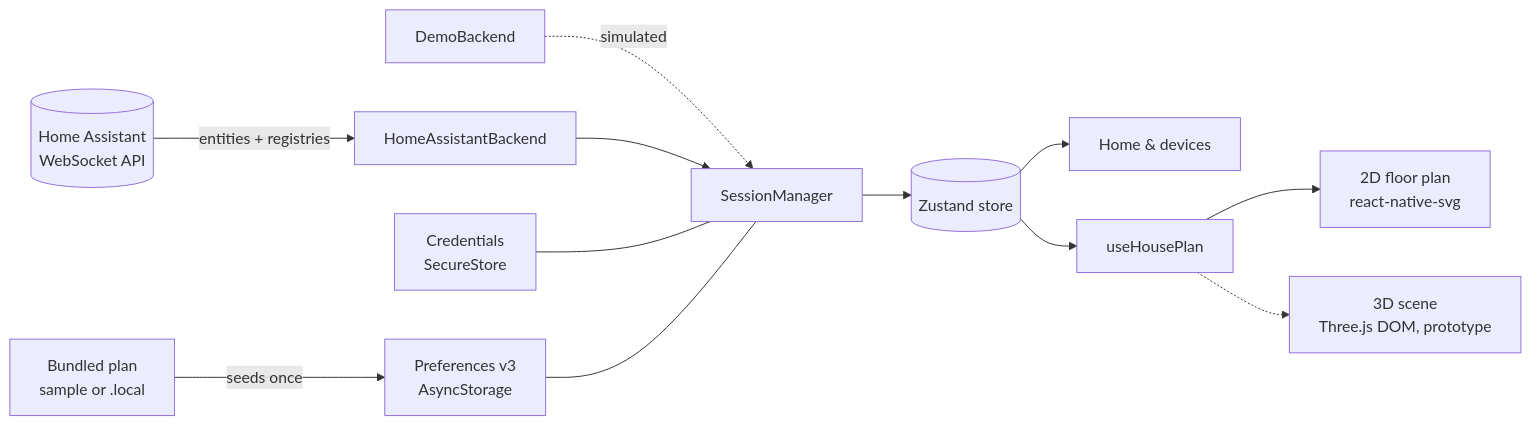
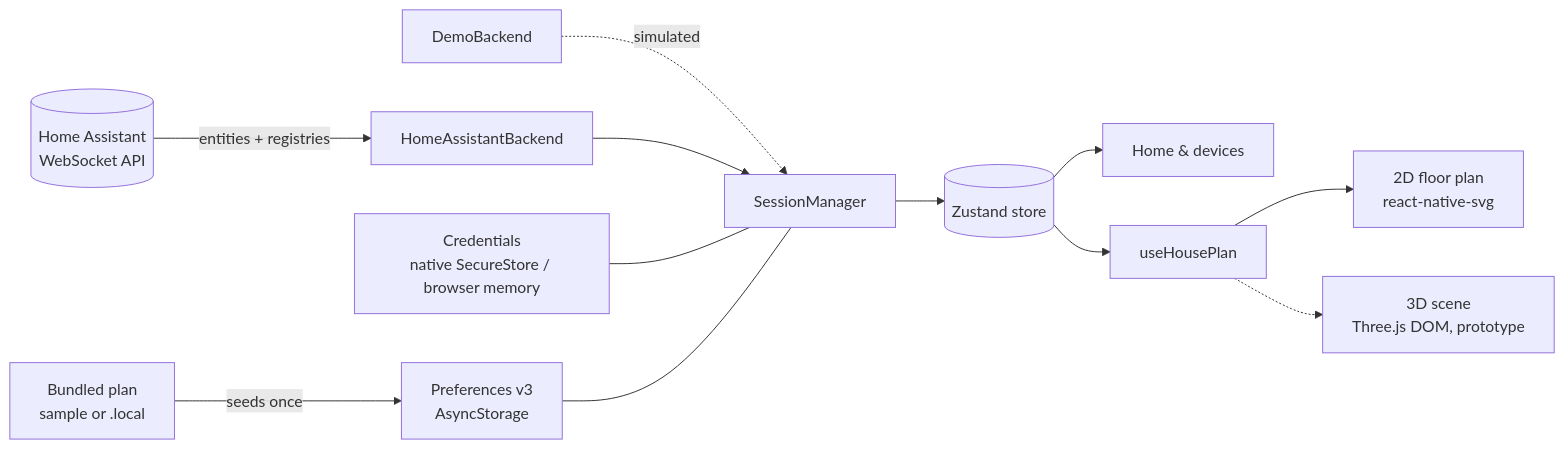
Before and after one commit to Jeremya/cockpit-home-assistant: the diagram in README.md, drawn with Mermaid. The commit also changed other lines of this file and 33 other files, not shown here.

````diff
--- a/README.md
+++ b/README.md
@@ -151,14 +155,14 @@
 ```mermaid
 flowchart LR
   HA[("Home Assistant<br/>WebSocket API")] -->|entities + registries| HAB[HomeAssistantBackend]
   DEMO[DemoBackend] -.->|simulated| SM
   HAB --> SM[SessionManager]
   SM --> STORE[(Zustand store)]
-  CRED[Credentials<br/>SecureStore] --- SM
+  CRED[Credentials<br/>native SecureStore / browser memory] --- SM
   PREFS[Preferences v3<br/>AsyncStorage] --- SM
   PLAN[Bundled plan<br/>sample or .local] -->|seeds once| PREFS
   STORE --> HOME[Home & devices]
   STORE --> USEPLAN[useHousePlan]
   USEPLAN --> SVG[2D floor plan<br/>react-native-svg]
   USEPLAN -.-> SCENE[3D scene<br/>Three.js DOM, prototype]
 ```
````
